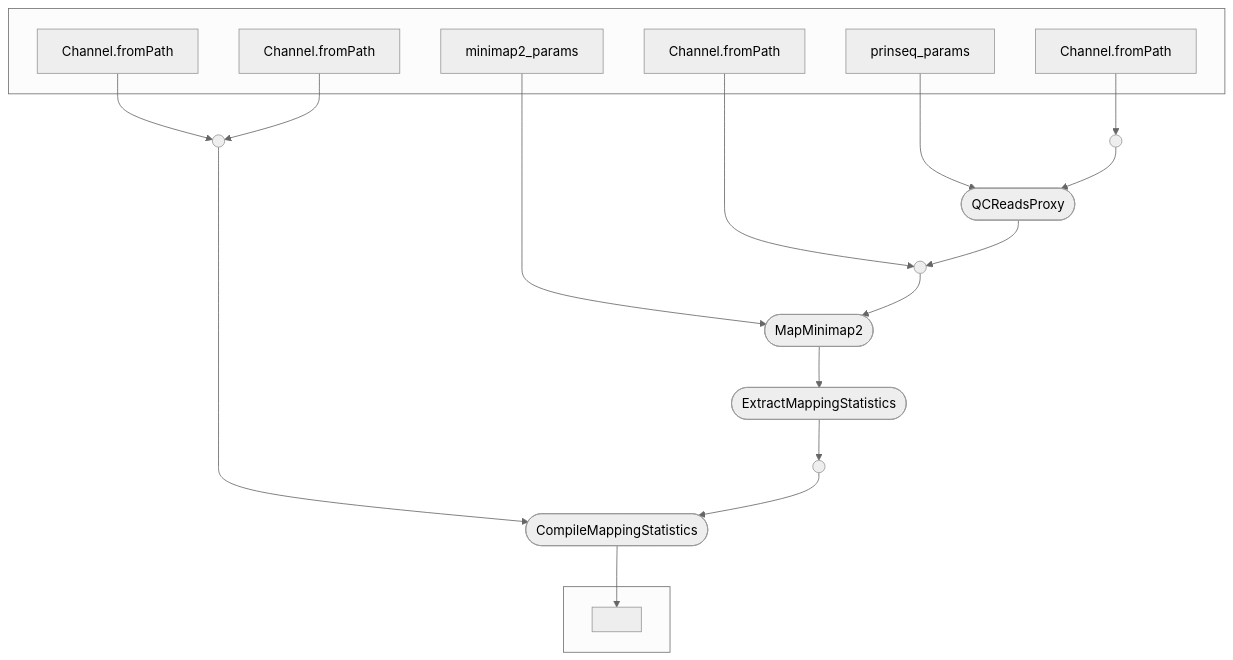
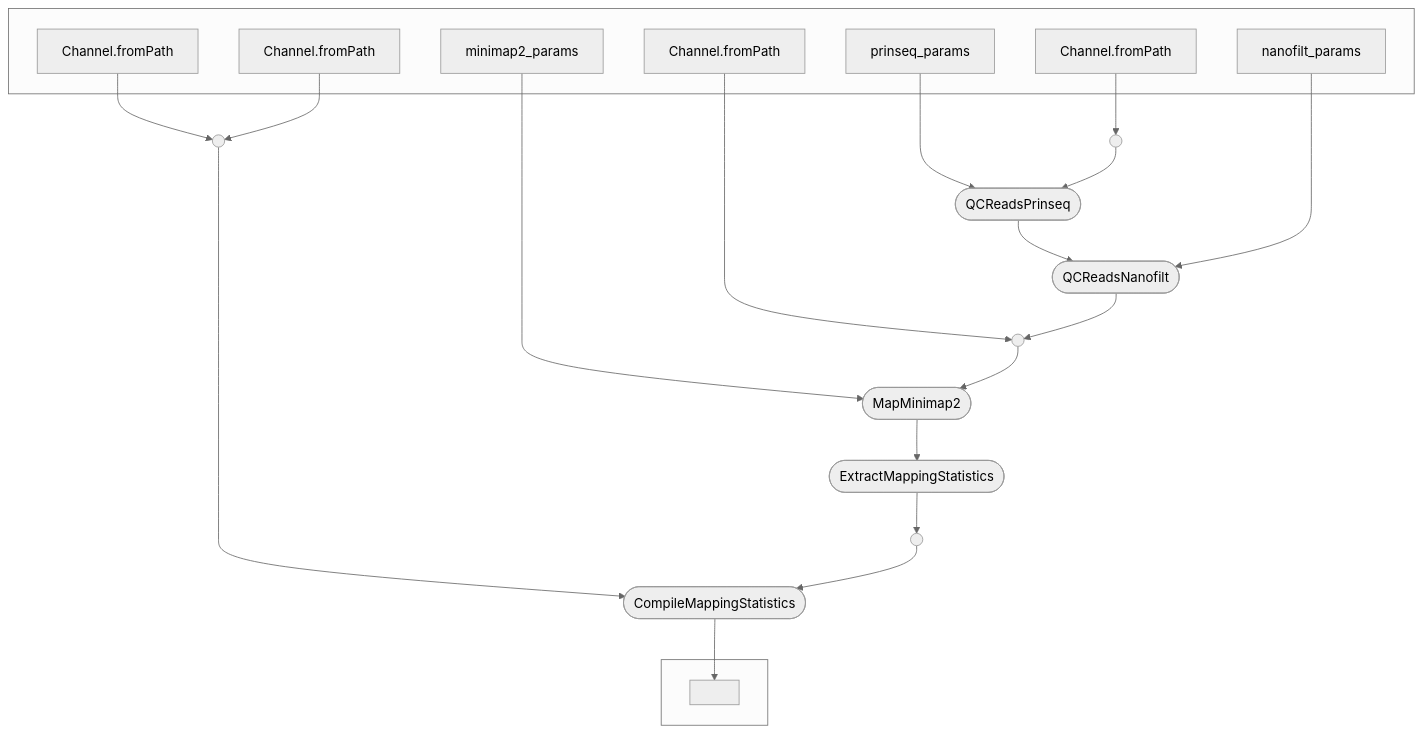
One commit to SantosJGND/mapping_workflow changed the diagram in README.md. Above: the diagram before and after it, drawn with Mermaid (neutral theme). The commit also changed 3 other files, not shown here.

````diff
--- a/README.md
+++ b/README.md
@@ -21,36 +21,40 @@
 ```mermaid
 flowchart TB
     subgraph " "
     v0["Channel.fromPath"]
     v3["Channel.fromPath"]
     v6["prinseq_params"]
-    v9["minimap2_params"]
-    v12["Channel.fromPath"]
-    v15["Channel.fromPath"]
+    v8["nanofilt_params"]
+    v11["minimap2_params"]
+    v14["Channel.fromPath"]
+    v17["Channel.fromPath"]
     end
-    v7([QCReadsProxy])
-    v10([MapMinimap2])
-    v11([ExtractMappingStatistics])
-    v19([CompileMappingStatistics])
+    v7([QCReadsPrinseq])
+    v9([QCReadsNanofilt])
+    v12([MapMinimap2])
+    v13([ExtractMappingStatistics])
+    v21([CompileMappingStatistics])
     subgraph " "
-    v20[" "]
+    v22[" "]
     end
     v1(( ))
     v4(( ))
-    v13(( ))
-    v18(( ))
+    v15(( ))
+    v20(( ))
     v0 --> v1
     v3 --> v4
     v6 --> v7
     v1 --> v7
-    v7 --> v4
-    v9 --> v10
-    v4 --> v10
-    v10 --> v11
-    v11 --> v18
+    v7 --> v9
+    v8 --> v9
+    v9 --> v4
+    v11 --> v12
+    v4 --> v12
     v12 --> v13
-    v15 --> v13
-    v13 --> v19
-    v18 --> v19
-    v19 --> v20
+    v13 --> v20
+    v14 --> v15
+    v17 --> v15
+    v15 --> v21
+    v20 --> v21
+    v21 --> v22
 ```
````
